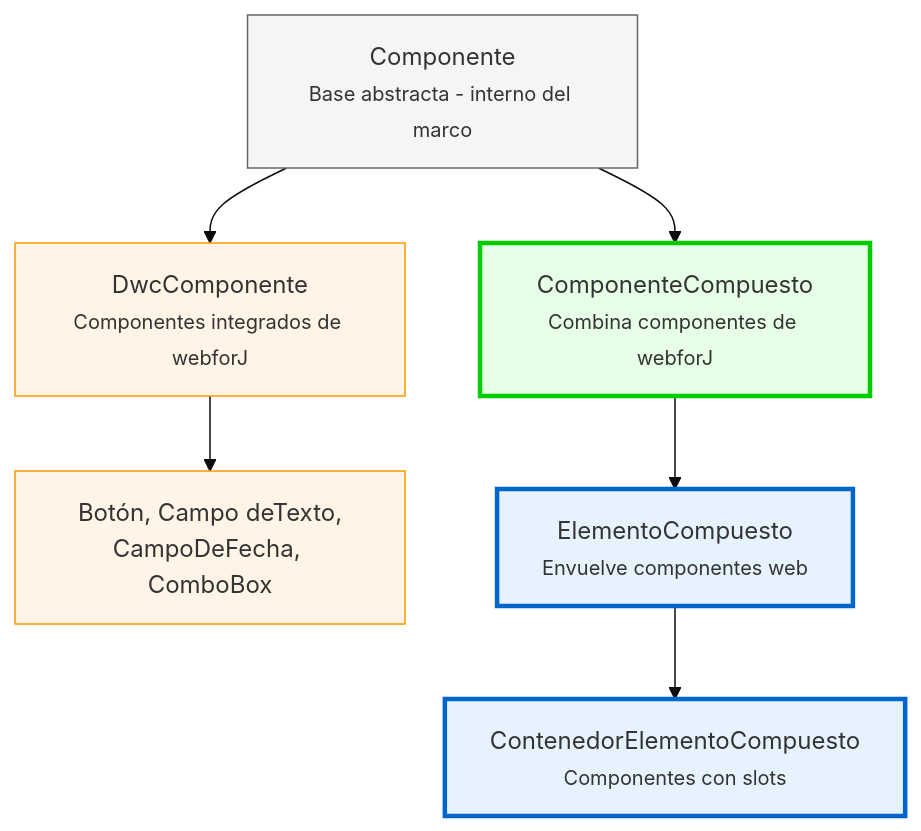
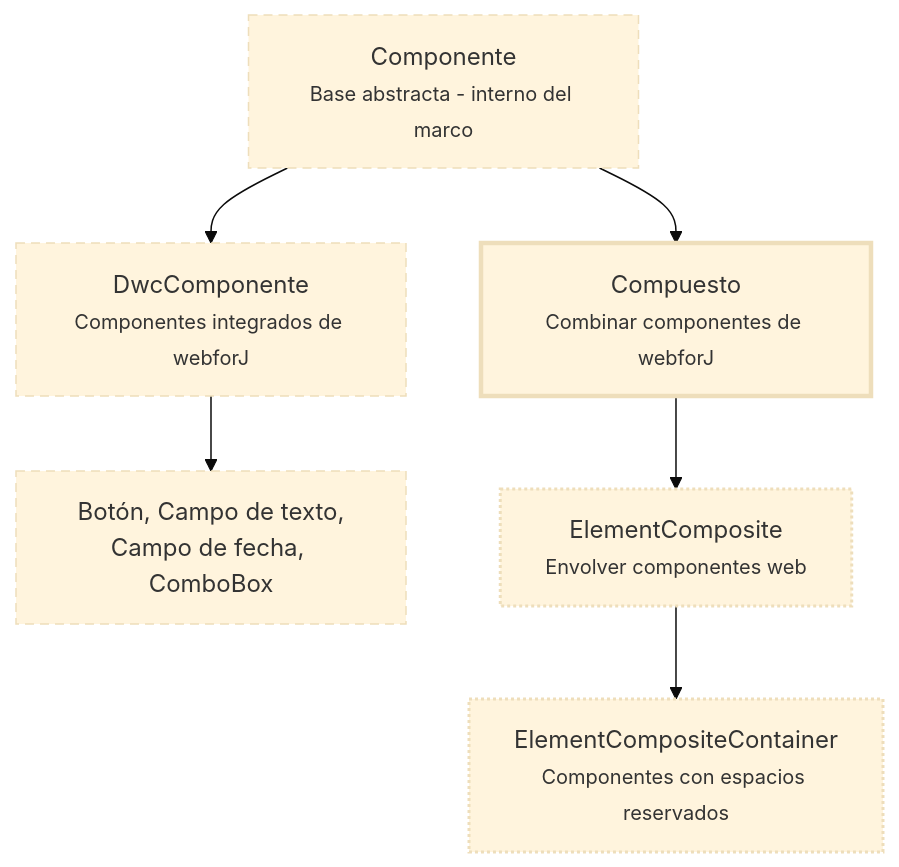
Before and after one commit to webforj/webforj-documentation: the diagram in docs/i18n/es/docusaurus-plugin-content-docs/current/building-ui/component-fundamentals.md, drawn with Mermaid (base theme). The commit also changed other lines of this file and 11 other files, not shown here.

````diff
--- a/docs/i18n/es/docusaurus-plugin-content-docs/current/building-ui/component-fundamentals.md
+++ b/docs/i18n/es/docusaurus-plugin-content-docs/current/building-ui/component-fundamentals.md
@@ -52,22 +52,19 @@
 ```mermaid
 graph TD
   A[Componente<br/><small>Base abstracta - interno del marco</small>]
   
   A --> B[DwcComponente<br/><small>Componentes integrados de webforJ</small>]
-  A --> C[ComponenteCompuesto<br/><small>Combina componentes de webforJ</small>]
+  A --> C[Compuesto<br/><small>Combinar componentes de webforJ</small>]
   
-  B --> E[Botón, Campo deTexto,<br/>CampoDeFecha, ComboBox]
+  B --> E[Botón, Campo de texto,<br/>Campo de fecha, ComboBox]
   
-  C --> D[ElementoCompuesto<br/><small>Envuelve componentes web</small>]
-  D --> F[ContenedorElementoCompuesto<br/><small>Componentes con slots</small>]
-  
-  style A fill:#f5f5f5,stroke:#666
-  style B fill:#fff4e6,stroke:#ff9800
-  style C fill:#e6ffe6,stroke:#00cc00
-  style D fill:#e6f3ff,stroke:#0066cc
-  style E fill:#fff4e6,stroke:#ff9800
-  style F fill:#e6f3ff,stroke:#0066cc
-  
-  classDef userClass stroke-width:3px
-  class C,D,F userClass
+  C --> D[ElementComposite<br/><small>Envolver componentes web</small>]
+  D --> F[ElementCompositeContainer<br/><small>Componentes con espacios reservados</small>]
+
+  classDef internal stroke-dasharray:6 4,stroke-width:1px
+  classDef primary stroke-width:3px
+  classDef secondary stroke-width:2px,stroke-dasharray:2 2
+  class A,B,E internal
+  class C primary
+  class D,F secondary
 ```
````
